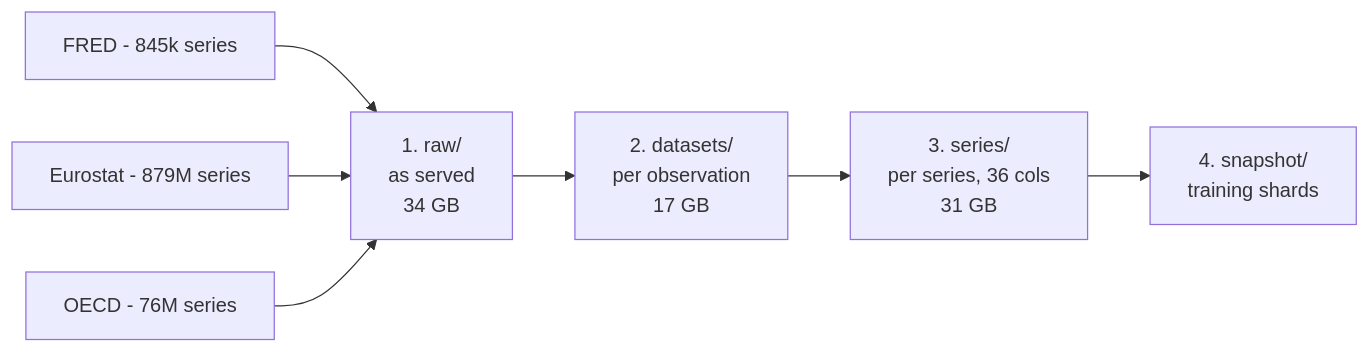
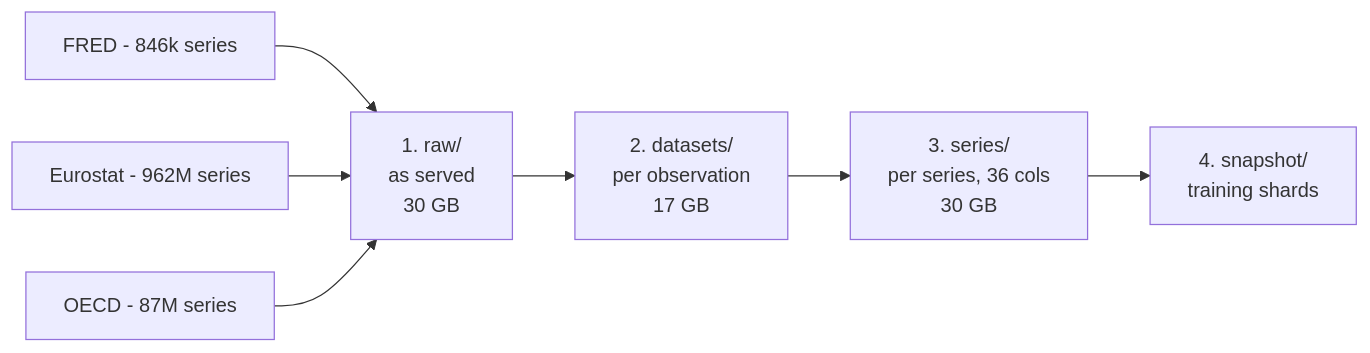
One commit to pmontman/terrastat changed the first of 2 diagrams in docs/schema.md. Above: the diagram before and after it, drawn with Mermaid. The commit also changed other lines of this file and 18 other files, not shown here.

````diff
--- a/docs/schema.md
+++ b/docs/schema.md
@@ -9,9 +9,9 @@
 ```mermaid
 flowchart LR
-    F["FRED - 845k series"] --> R
-    E["Eurostat - 879M series"] --> R
-    O["OECD - 76M series"] --> R
-    R["1. raw/<br>as served<br>34 GB"] --> D["2. datasets/<br>per observation<br>17 GB"]
-    D --> S["3. series/<br>per series, 36 cols<br>31 GB"]
+    F["FRED - 846k series"] --> R
+    E["Eurostat - 962M series"] --> R
+    O["OECD - 87M series"] --> R
+    R["1. raw/<br>as served<br>30 GB"] --> D["2. datasets/<br>per observation<br>17 GB"]
+    D --> S["3. series/<br>per series, 36 cols<br>30 GB"]
     S --> X["4. snapshot/<br>training shards"]
 ```
````
